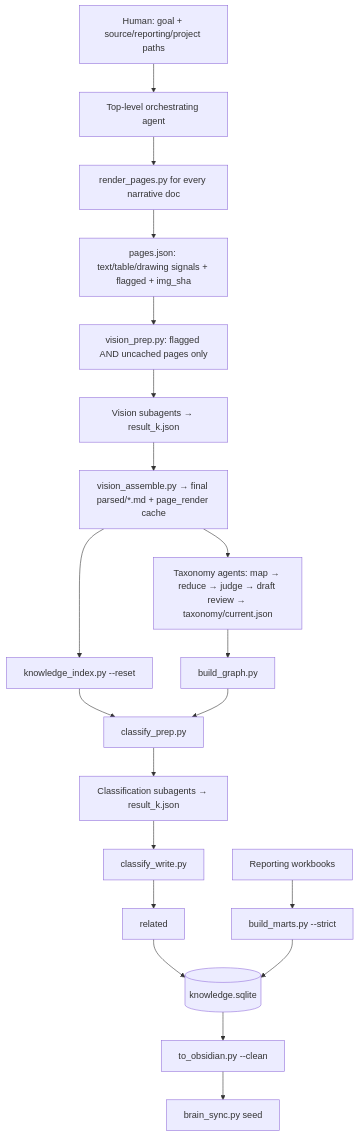
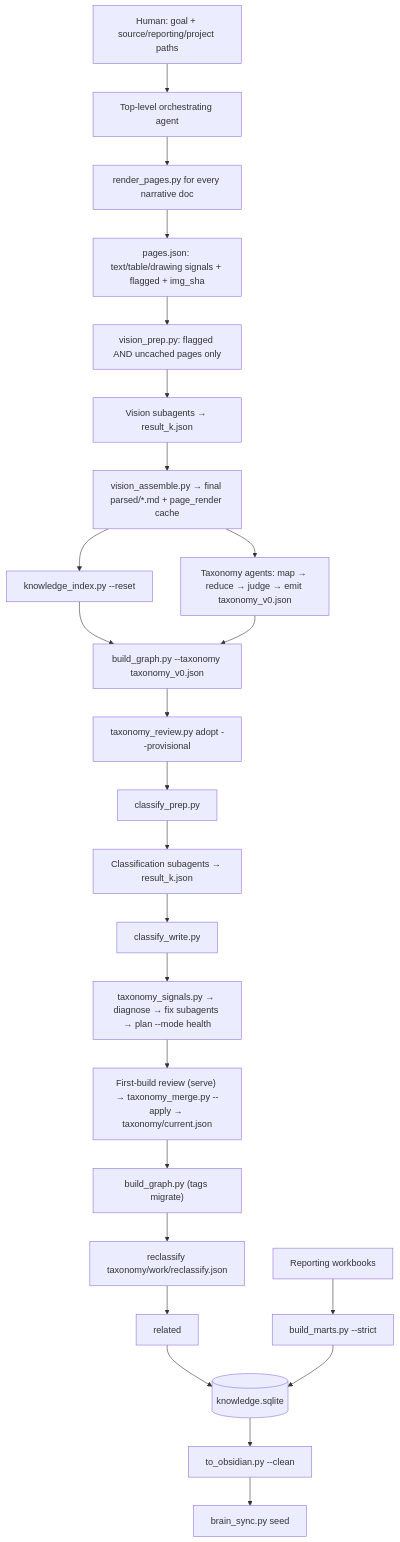
The fifth of 7 diagrams in bundles/brain/README.md (onetest-ai/applied_skills), drawn with Mermaid before and after one commit. The commit also changed other lines of this file and 36 other files, not shown here.

Commit message:
feat(brain): count-grounded first-build taxonomy review (0.9.0) (#31)

````diff
--- a/bundles/brain/README.md
+++ b/bundles/brain/README.md
@@ -270,21 +270,26 @@
 ```mermaid
 flowchart TD
     H["Human: goal + source/reporting/project paths"] --> O["Top-level orchestrating agent"]
     O --> R["render_pages.py for every narrative doc"]
     R --> P["pages.json: text/table/drawing signals + flagged + img_sha"]
     P --> VP["vision_prep.py: flagged AND uncached pages only"]
     VP --> VA["Vision subagents → result_k.json"]
     VA --> AS["vision_assemble.py → final parsed/*.md + page_render cache"]
-    AS --> TX["Taxonomy agents: map → reduce → judge → draft review → taxonomy/current.json"]
+    AS --> TX["Taxonomy agents: map → reduce → judge → emit taxonomy_v0.json"]
     AS --> IX["knowledge_index.py --reset"]
-    TX --> GR["build_graph.py"]
-    IX --> CP["classify_prep.py"]
-    GR --> CP
+    IX --> GR["build_graph.py --taxonomy taxonomy_v0.json"]
+    TX --> GR
+    GR --> AD["taxonomy_review.py adopt --provisional"]
+    AD --> CP["classify_prep.py"]
     CP --> CA["Classification subagents → result_k.json"]
     CA --> CW["classify_write.py"]
-    CW --> REL["related"]
+    CW --> HR["taxonomy_signals.py → diagnose → fix subagents → plan --mode health"]
+    HR --> FR["First-build review (serve) → taxonomy_merge.py --apply → taxonomy/current.json"]
+    FR --> G2["build_graph.py (tags migrate)"]
+    G2 --> RC["reclassify taxonomy/work/reclassify.json"]
+    RC --> REL["related"]
     REL --> DB[("knowledge.sqlite")]
     X["Reporting workbooks"] --> M["build_marts.py --strict"] --> DB
     DB --> V["to_obsidian.py --clean"]
     V --> S["brain_sync.py seed"]
 ```
````
